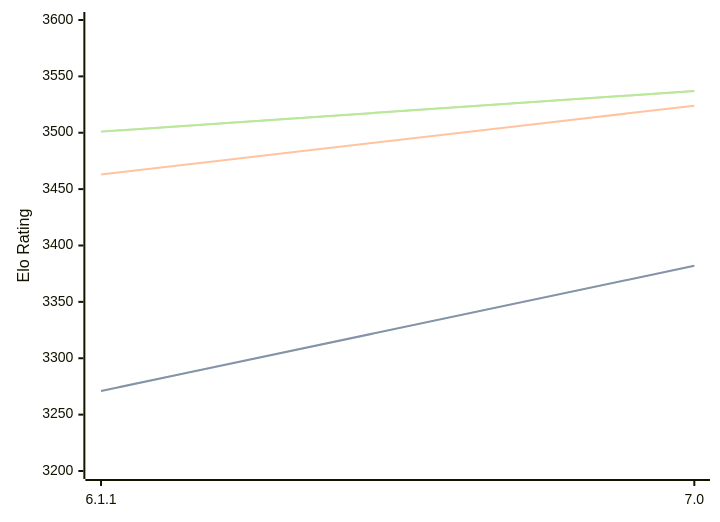
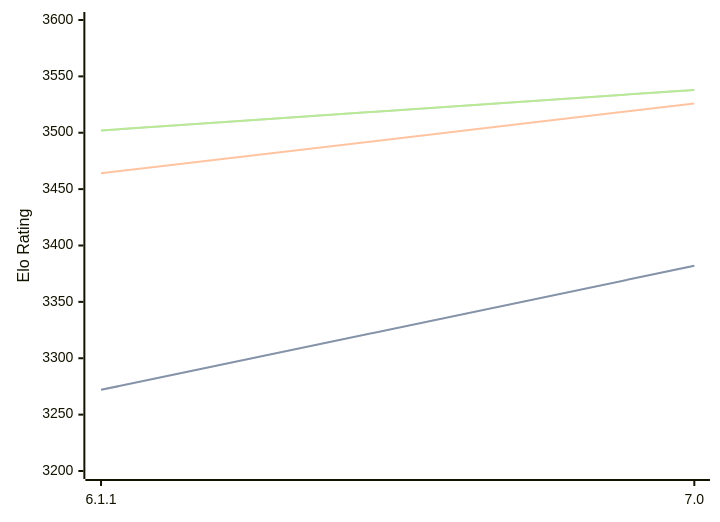
One commit to computer-chess-index/cci changed the diagram in engines/Astra.md. Above: the diagram before and after it, drawn with Mermaid. The commit also changed other lines of this file, not shown here.

Commit message:
Update CCI Ratings (ELO VLTC) - 2026-08-09

````diff
--- a/engines/Astra.md
+++ b/engines/Astra.md
@@ -32,11 +32,11 @@
 ```mermaid
 %%{init: {"theme":"base","themeVariables":{"seriesColors:['#a3a3a3','#222221','#faa371']}}}%%
 xychart-beta
   x-axis ["6.1.1", "7.0"]
   y-axis "Elo Rating" 3200 --> 3600
-  line "STC (8.0+0.08s)" [3271, 3382]
-  line "STC (8.0+0.08s)" [3271, 3382]
-  line "LTC (60.0+0.60s)" [3463, 3524]
-  line "VLTC (2m24s+1.12s)" [3501, 3537]
-  line "VLTC (2m24s+1.12s)" [3501, 3537]
+  line "STC (8.0+0.08s)" [3272, 3382]
+  line "STC (8.0+0.08s)" [3272, 3382]
+  line "LTC (60.0+0.60s)" [3464, 3526]
+  line "VLTC (2m24s+1.12s)" [3502, 3538]
+  line "VLTC (2m24s+1.12s)" [3502, 3538]
 ```
````
